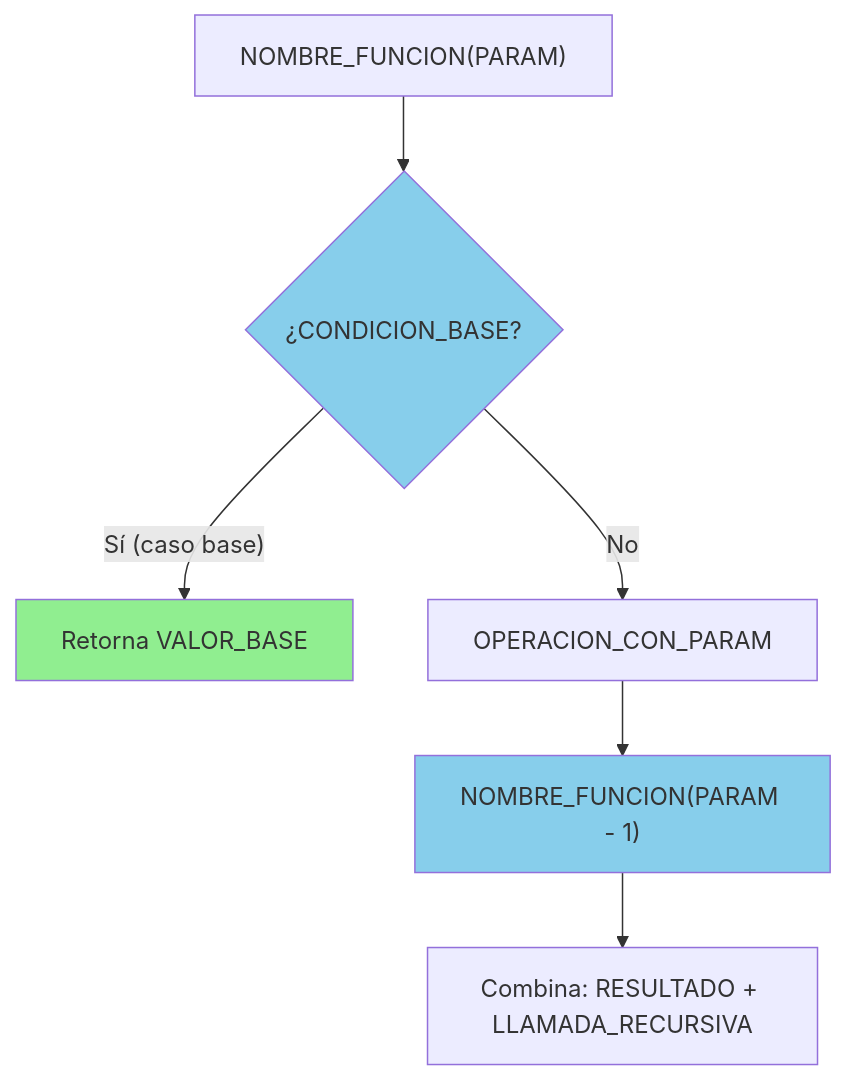
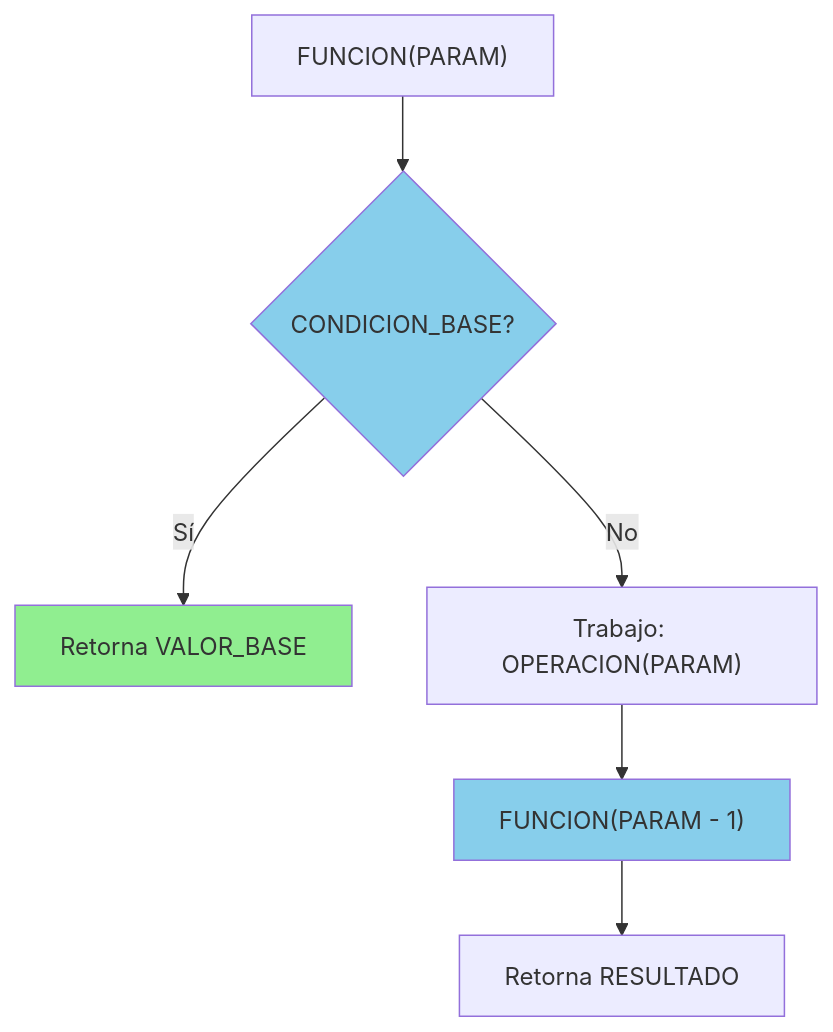
Before and after one commit to nehuenlabs/estudios-algoritmos-recursividad: the first of 58 diagrams in plantilla-soluciones.md, drawn with Mermaid. The commit also changed other lines of this file, not shown here.

````diff
--- a/plantilla-soluciones.md
+++ b/plantilla-soluciones.md
@@ -44,19 +67,17 @@
 ```mermaid
 flowchart TD
-    A["NOMBRE_FUNCION(PARAM)"]
-    B{"¿CONDICION_BASE?"}
+    A["FUNCION(PARAM)"]
+    B{"CONDICION_BASE?"}
     C["Retorna VALOR_BASE"]
-    D["OPERACION_CON_PARAM"]
-    E["NOMBRE_FUNCION(PARAM - 1)"]
-    F["Combina: RESULTADO + LLAMADA_RECURSIVA"]
+    D["Trabajo: OPERACION(PARAM)"]
+    E["FUNCION(PARAM - 1)"]
+    F["Retorna RESULTADO"]
 
     A --> B
-    B -- "Sí (caso base)" --> C
-    B -- "No" --> D
-    D --> E
-    E --> F
+    B -- "Sí" --> C
+    B -- "No" --> D --> E --> F
 
     style C fill:#90EE90
     style B fill:#87CEEB
     style E fill:#87CEEB
 ```
````
